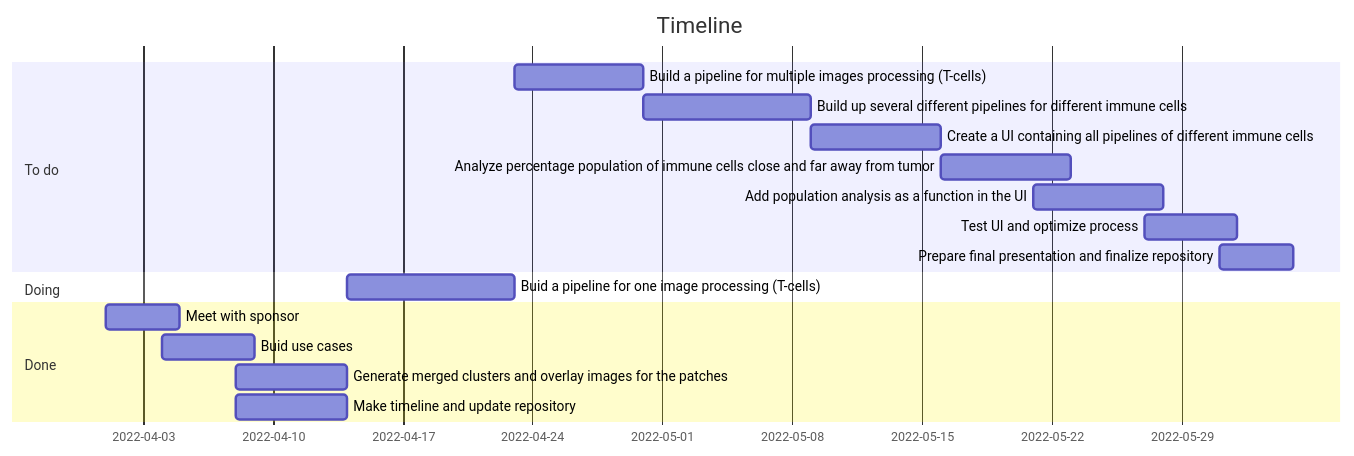
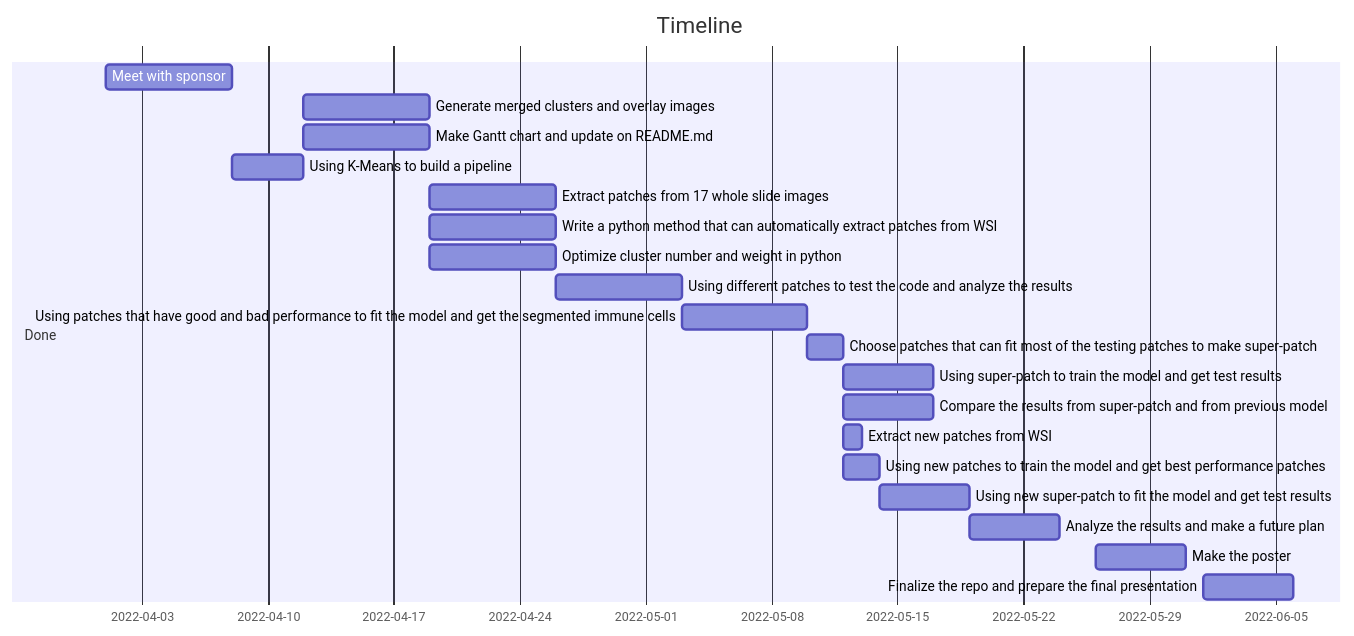
Before and after one commit to ViditShah98/Digital_segmentation_BRCA_547_Capstone: the diagram in README.md, drawn with Mermaid.

````diff
--- a/README.md
+++ b/README.md
@@ -76,19 +76,24 @@
 ```mermaid
 gantt
  title Timeline
- section To do
-   Build a pipeline for multiple images processing (T-cells)     : 2022-04-23, 7d
-   Build up several different pipelines for different immune cells    : 2022-04-30, 9d
-   Create a UI containing all pipelines of different immune cells    : 2022-05-09, 7d
-   Analyze percentage population of immune cells close and far away from tumor:    2022-05-16, 7d
-   Add population analysis as a function in the UI:    2022-05-21, 7d
-   Test UI and optimize process:    2022-05-27, 5d
-   Prepare final presentation and finalize repository:    2022-05-31, 4d
- section Doing
-   Buid a pipeline for one image processing (T-cells)    : 2022-04-14, 9d
  section Done
-   Meet with sponsor    : 2022-04-01, 4d
-   Buid use cases    : 2022-04-04, 5d
-   Generate merged clusters and overlay images for the patches : 2022-04-08, 6d
-   Make timeline and update repository : 2022-04-08, 6d
+   Meet with sponsor     : 2022-04-01, 7d
+   Generate merged clusters and overlay images    : 2022-04-12, 7d
+   Make Gantt chart and update on README.md    : 2022-04-12, 7d
+   Using K-Means to build a pipeline:    2022-04-08, 4d
+   Extract patches from 17 whole slide images:    2022-04-19, 7d
+   Write a python method that can automatically extract patches from WSI:    2022-04-19, 7d
+   Optimize cluster number and weight in python:    2022-04-19, 7d
+   Using different patches to test the code and analyze the results:  2022-04-26, 7d
+   Using patches that have good and bad performance to fit the model and get the segmented immune cells: 2022-05-03, 7d
+   Choose patches that can fit most of the testing patches to make super-patch: 2022-05-10, 2d
+   Using super-patch to train the model and get test results: 2022-05-12, 5d
+   Compare the results from super-patch and from previous model: 2022-05-12, 5d
+   Extract new patches from WSI: 2022-05-12, 1d
+   Using new patches to train the model and get best performance patches: 2022-05-12, 2d
+   Using new super-patch to fit the model and get test results: 2022-05-14, 5d
+   Analyze the results and make a future plan: 2022-05-19, 5d
+   Make the poster: 2022-05-26, 5d
+   Finalize the repo and prepare the final presentation: 2022-06-01, 5d
+ 
 ```
````
